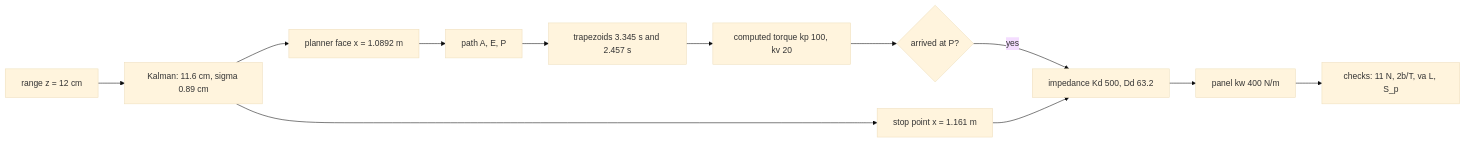
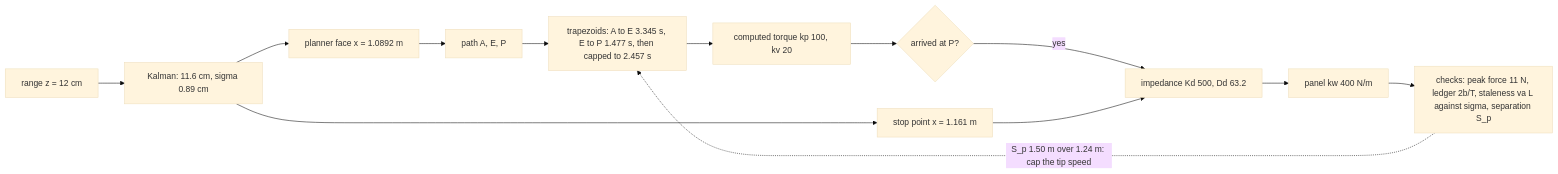
Before and after one commit to jiseop-byeon/phd-wiki: the first of 2 diagrams in content/04-robotics/capstone-panel-contact.md, drawn with Mermaid (base theme). The commit also changed other lines of this file and 26 other files, not shown here.

````diff
--- a/content/04-robotics/capstone-panel-contact.md
+++ b/content/04-robotics/capstone-panel-contact.md
@@ -69,14 +79,15 @@
 ```mermaid
 flowchart LR
     Z["range z = 12 cm"] --> KF["Kalman: 11.6 cm, sigma 0.89 cm"]
     KF --> OB["planner face x = 1.0892 m"]
     KF --> XS["stop point x = 1.161 m"]
     OB --> PL["path A, E, P"]
-    PL --> TS["trapezoids 3.345 s and 2.457 s"]
+    PL --> TS["trapezoids: A to E 3.345 s, E to P 1.477 s, then capped to 2.457 s"]
     TS --> CT["computed torque kp 100, kv 20"]
     CT --> SW{"arrived at P?"}
     SW -->|yes| IM["impedance Kd 500, Dd 63.2"]
     XS --> IM
     IM --> WL["panel kw 400 N/m"]
-    WL --> CK["checks: 11 N, 2b/T, va L, S_p"]
+    WL --> CK["checks: peak force 11 N, ledger 2b/T, staleness va L against sigma, separation S_p"]
+    CK -.->|"S_p 1.50 m over 1.24 m: cap the tip speed"| TS
 ```
````
